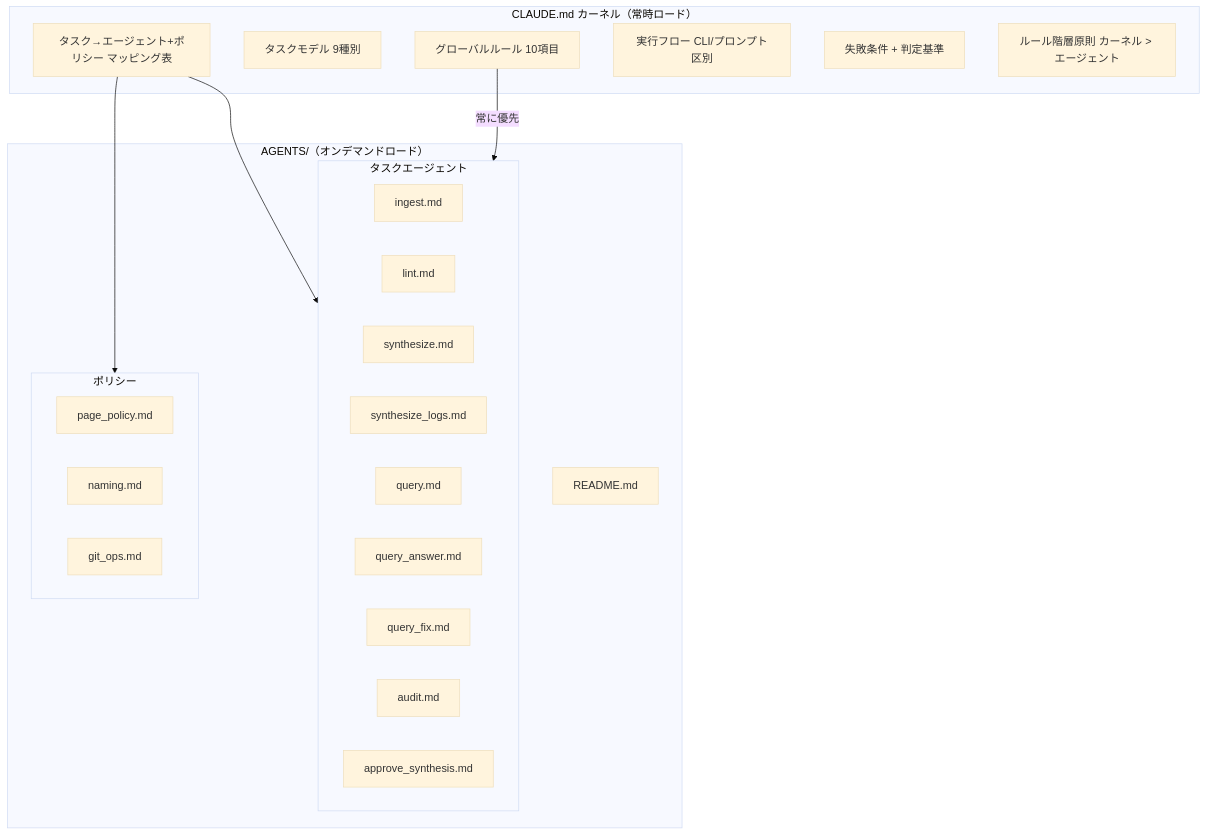
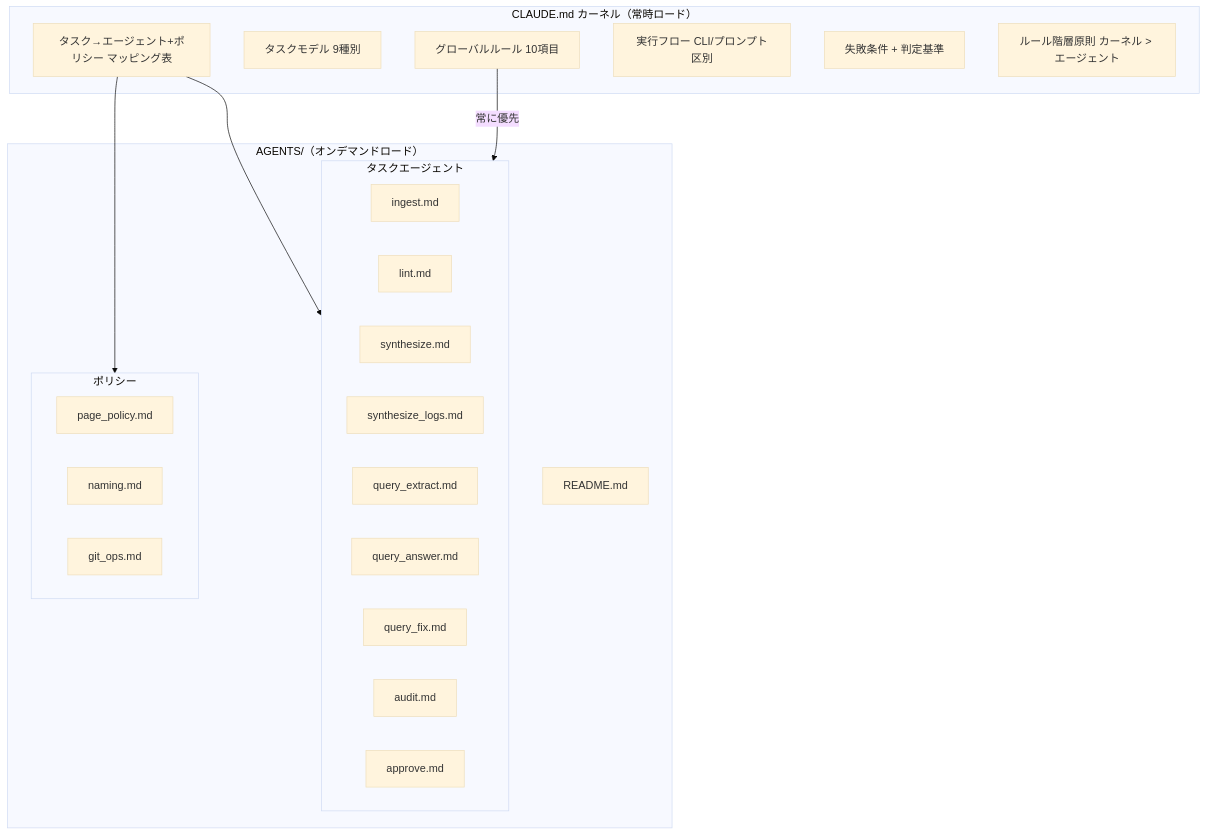
The first of 3 diagrams in .kiro/specs/agents-system/design.md (kenoogl/Rwiki-dev), drawn with Mermaid (base theme) before and after one commit. The commit also changed other lines of this file and 6 other files, not shown here.

````diff
--- a/.kiro/specs/agents-system/design.md
+++ b/.kiro/specs/agents-system/design.md
@@ -72,35 +72,35 @@
 ```mermaid
 flowchart TD
     subgraph Kernel["CLAUDE.md カーネル（常時ロード）"]
         GR[グローバルルール 10項目]
         TM[タスクモデル 9種別]
         MAP[タスク→エージェント+ポリシー マッピング表]
         EF[実行フロー CLI/プロンプト区別]
         FC[失敗条件 + 判定基準]
         HL[ルール階層原則 カーネル > エージェント]
     end
 
     subgraph Agents["AGENTS/（オンデマンドロード）"]
         subgraph TaskAgents["タスクエージェント"]
             A1[ingest.md]
             A2[lint.md]
             A3[synthesize.md]
             A4[synthesize_logs.md]
-            A5[query.md]
+            A5[query_extract.md]
             A6[query_answer.md]
             A7[query_fix.md]
             A8[audit.md]
-            A9[approve_synthesis.md]
+            A9[approve.md]
         end
         subgraph Policies["ポリシー"]
             P1[page_policy.md]
             P2[naming.md]
             P3[git_ops.md]
         end
         README[README.md]
     end
 
     MAP --> TaskAgents
     MAP --> Policies
     GR -->|常に優先| TaskAgents
 ```
````
